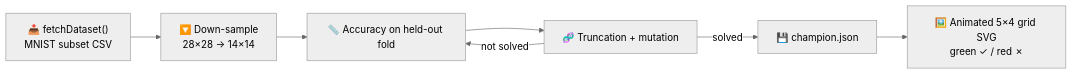
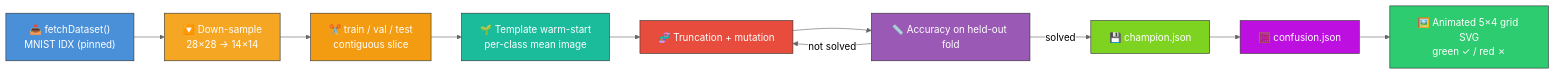
One commit to stSoftwareAU/NEAT-AI-Examples changed the diagram in mnist_classification/README.md. Above: the diagram before and after it, drawn with Mermaid (neutral theme). The commit also changed other lines of this file and 10 other files, not shown here.

````diff
--- a/mnist_classification/README.md
+++ b/mnist_classification/README.md
@@ -20,13 +12,26 @@
 ```mermaid
 flowchart LR
-    DL["📥 fetchDataset()<br/>MNIST subset CSV"]
+    DL["📥 fetchDataset()<br/>MNIST IDX (pinned)"]
     DOWN["🔽 Down-sample<br/>28×28 → 14×14"]
+    SPLIT["✂️ train / val / test<br/>contiguous slice"]
+    INIT["🌱 Template warm-start<br/>per-class mean image"]
+    EVOLVE["🧬 Truncation + mutation"]
     SCORE["📏 Accuracy on held-out fold"]
-    EVOLVE["🧬 Truncation + mutation"]
     CHAMP["💾 champion.json"]
+    CONF["🧮 confusion.json"]
     GRID["🖼️ Animated 5×4 grid SVG<br/>green ✓ / red ✗"]
 
-    DL --> DOWN --> SCORE --> EVOLVE
-    EVOLVE -- not solved --> SCORE
-    EVOLVE -- solved --> CHAMP --> GRID
+    DL --> DOWN --> SPLIT --> INIT --> EVOLVE --> SCORE
+    SCORE -- not solved --> EVOLVE
+    SCORE -- solved --> CHAMP --> CONF --> GRID
+
+    style DL fill:#4a90d9,stroke:#333,color:#fff
+    style DOWN fill:#f5a623,stroke:#333,color:#fff
+    style SPLIT fill:#f39c12,stroke:#333,color:#fff
+    style INIT fill:#1abc9c,stroke:#333,color:#fff
+    style EVOLVE fill:#e74c3c,stroke:#333,color:#fff
+    style SCORE fill:#9b59b6,stroke:#333,color:#fff
+    style CHAMP fill:#7ed321,stroke:#333,color:#fff
+    style CONF fill:#bd10e0,stroke:#333,color:#fff
+    style GRID fill:#2ecc71,stroke:#333,color:#fff
 ```
````
